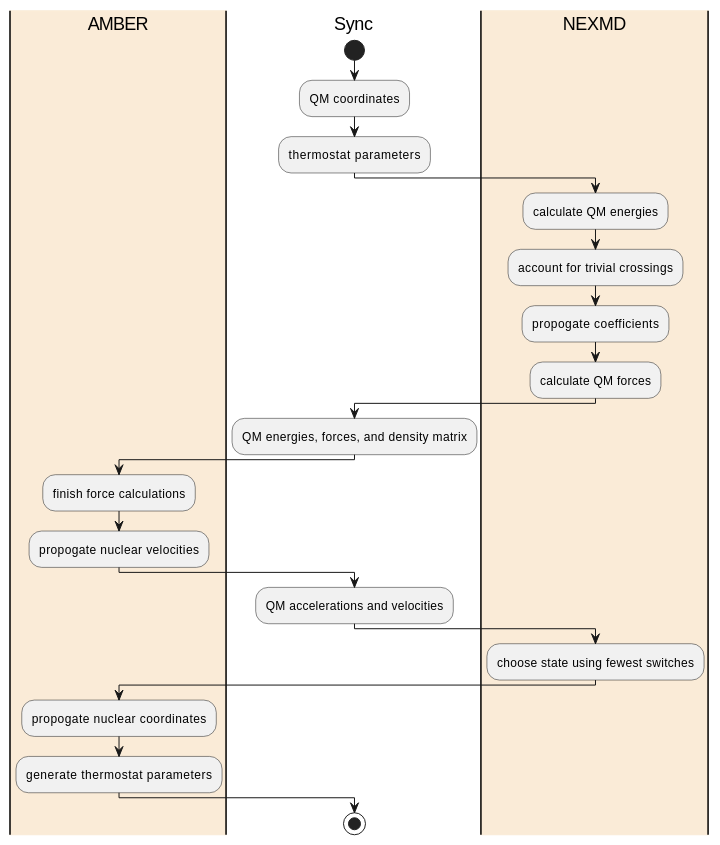
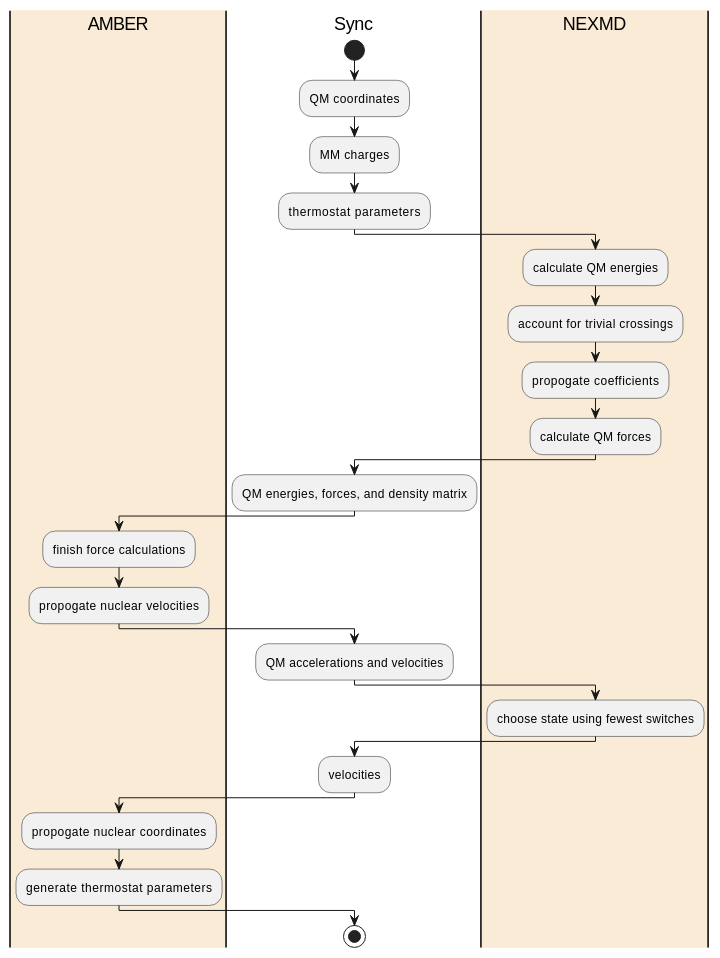
The diagram in Paper2/scripted_diagrams/nasqm_overview.org (PotentialParadox/potentialparadox.github.io), drawn with PlantUML before and after one commit. The commit also changed 8 other files, not shown here.

```diff
--- a/Paper2/scripted_diagrams/nasqm_overview.org
+++ b/Paper2/scripted_diagrams/nasqm_overview.org
@@ -1,28 +1,31 @@
 #+BEGIN_SRC plantuml :file nasqm_overview.png
 @startuml
 |#AntiqueWhite|AMBER|
 |Sync|
 start
 :QM coordinates;
+:MM charges;
 :thermostat parameters;
 |#AntiqueWhite|NEXMD|
 :calculate QM energies;
 :account for trivial crossings;
 :propogate coefficients;
 :calculate QM forces;
 |Sync|
 :QM energies, forces, and density matrix;
 |AMBER|
 :finish force calculations;
 :propogate nuclear velocities;
 |Sync|
 :QM accelerations and velocities;
 |NEXMD|
 :choose state using fewest switches;
+|Sync|
+:velocities;
 |AMBER|
 :propogate nuclear coordinates;
 :generate thermostat parameters;
 |Sync|
 stop
 @endum
 #+end_src
```
